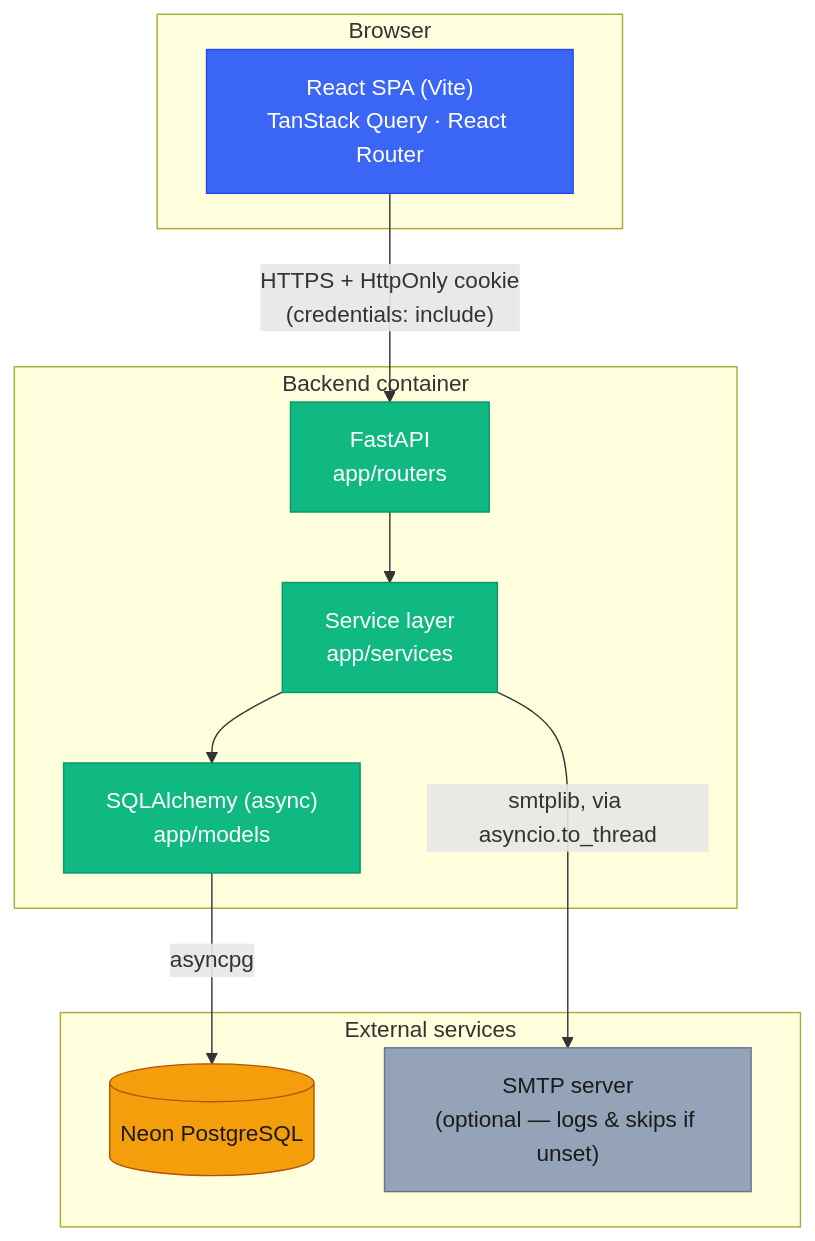
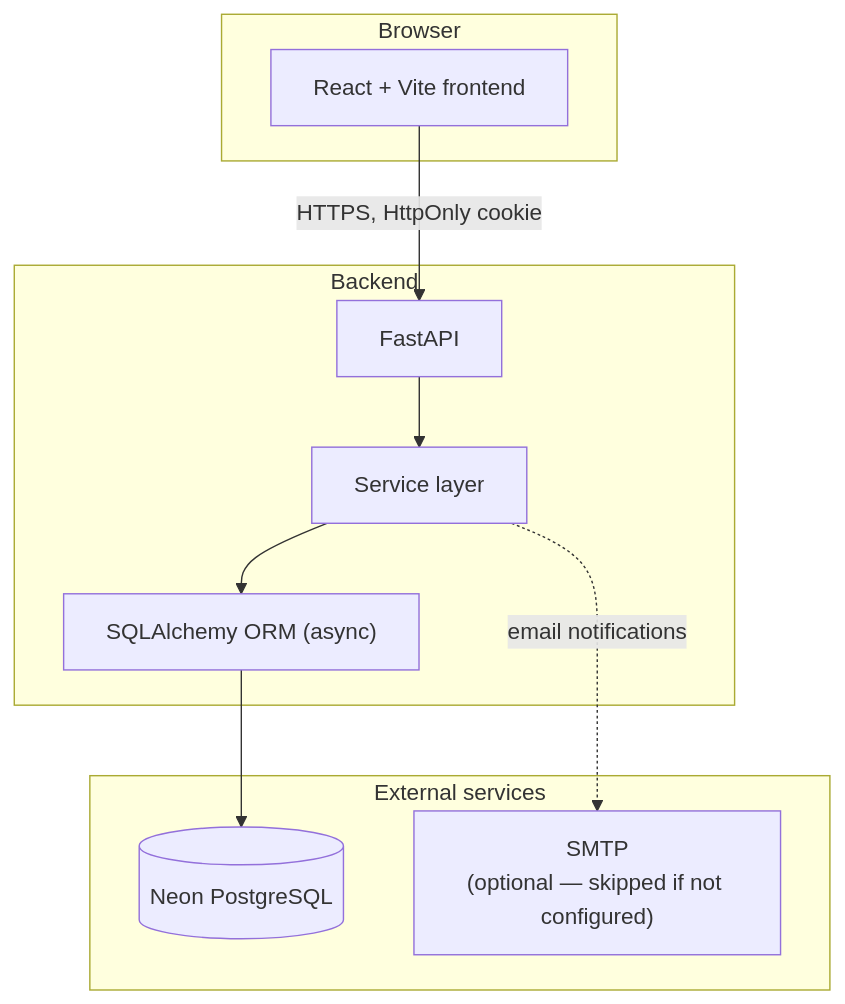
Before and after one commit to abhixw/Dayflow: the first of 3 diagrams in README.md, drawn with Mermaid. The commit also changed other lines of this file, not shown here.

````diff
--- a/README.md
+++ b/README.md
@@ -36,30 +62,23 @@
 ```mermaid
 flowchart TB
     subgraph Client["Browser"]
-        SPA["React SPA (Vite)\nTanStack Query · React Router"]
+        SPA["React + Vite frontend"]
     end
 
-    subgraph BackendContainer["Backend container"]
-        API["FastAPI\napp/routers"]
-        SVC["Service layer\napp/services"]
-        ORM["SQLAlchemy (async)\napp/models"]
+    subgraph Backend["Backend"]
+        API["FastAPI"]
+        SVC["Service layer"]
+        ORM["SQLAlchemy ORM (async)"]
     end
 
     subgraph External["External services"]
         DB[("Neon PostgreSQL")]
-        SMTP["SMTP server\n(optional — logs & skips if unset)"]
+        SMTP["SMTP\n(optional — skipped if not configured)"]
     end
 
-    SPA -- "HTTPS + HttpOnly cookie\n(credentials: include)" --> API
+    SPA -- "HTTPS, HttpOnly cookie" --> API
     API --> SVC
     SVC --> ORM
-    ORM -- "asyncpg" --> DB
-    SVC -- "smtplib, via asyncio.to_thread" --> SMTP
-
-    style SPA fill:#3b66f5,color:#fff,stroke:#2547e9
-    style API fill:#10b981,color:#fff,stroke:#059669
-    style SVC fill:#10b981,color:#fff,stroke:#059669
-    style ORM fill:#10b981,color:#fff,stroke:#059669
-    style DB fill:#f59e0b,color:#1a1a1a,stroke:#b45309
-    style SMTP fill:#94a3b8,color:#1a1a1a,stroke:#64748b
+    ORM --> DB
+    SVC -. "email notifications" .-> SMTP
 ```
````
